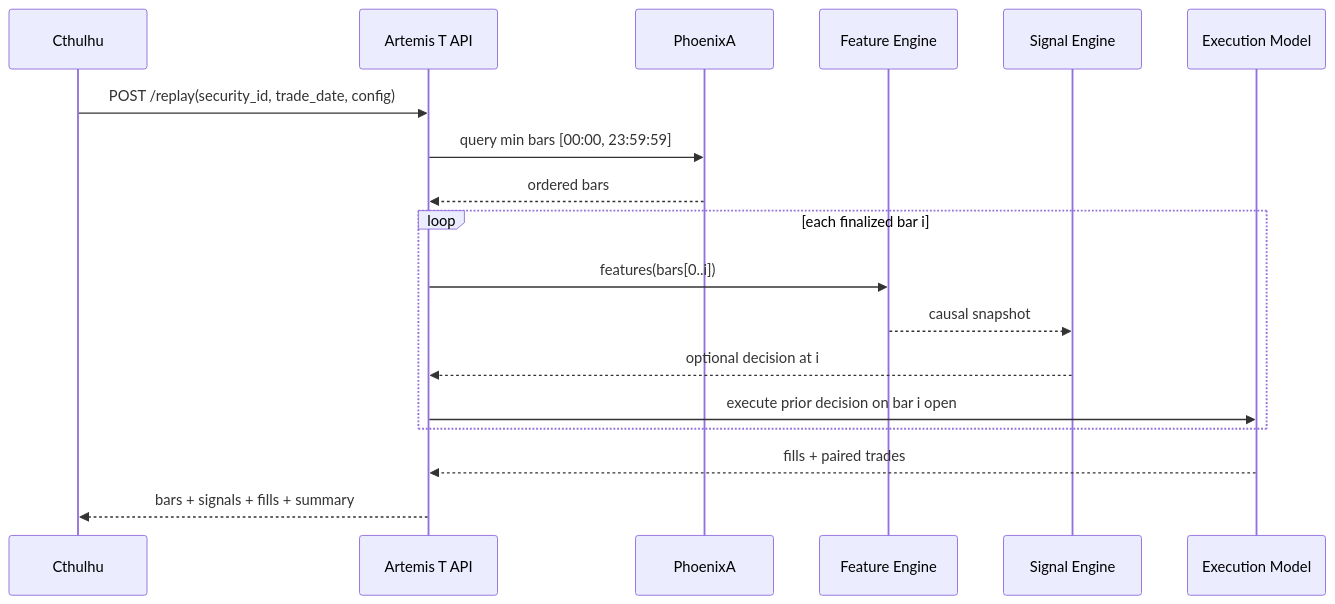
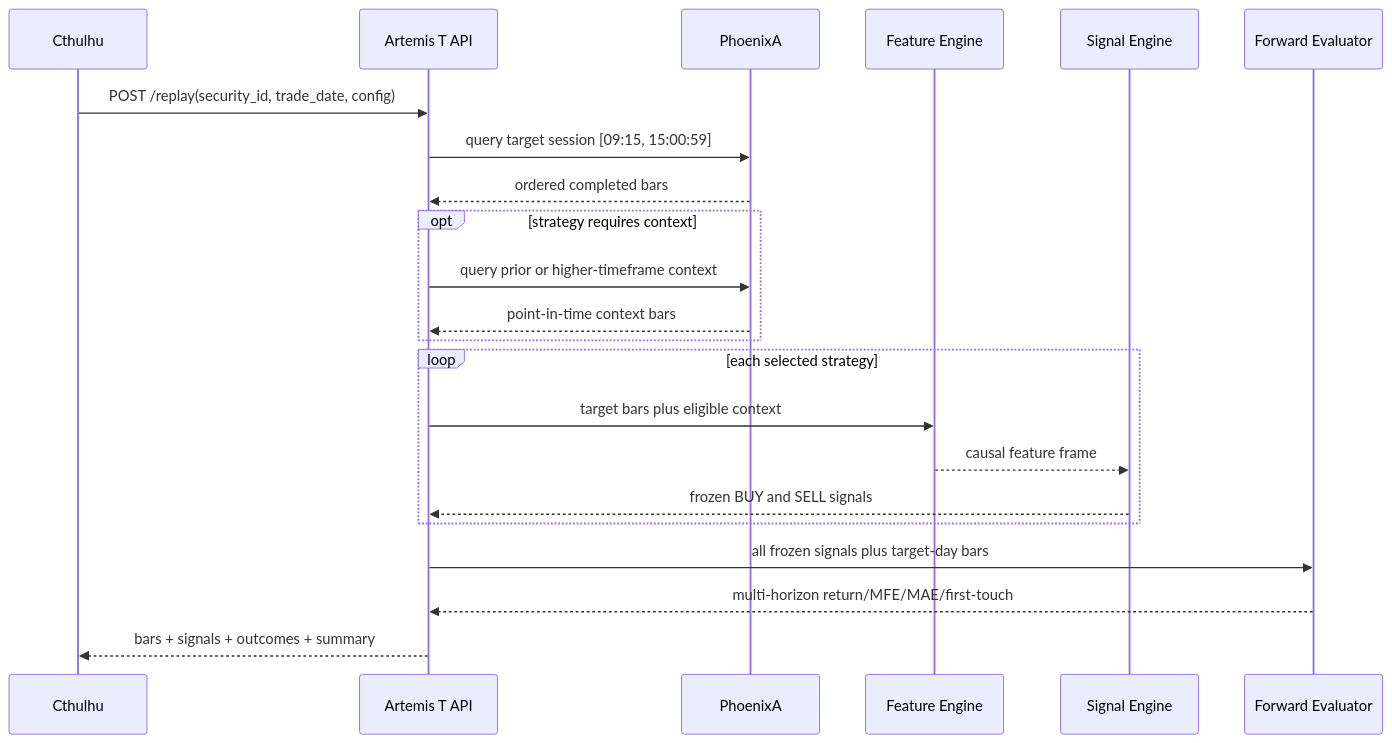
The fourth of 4 diagrams in app/projects/artemis/docs/2026-07-30_T_TRADING_WORKBENCH_DESIGN/02_ARCHITECTURE_AND_MODULES.md (grand-thief-cash/chaos), drawn with Mermaid before and after one commit. The commit also changed other lines of this file and 38 other files, not shown here.

````diff
--- a/app/projects/artemis/docs/2026-07-30_T_TRADING_WORKBENCH_DESIGN/02_ARCHITECTURE_AND_MODULES.md
+++ b/app/projects/artemis/docs/2026-07-30_T_TRADING_WORKBENCH_DESIGN/02_ARCHITECTURE_AND_MODULES.md
@@ -128,21 +190,25 @@
 ```mermaid
 sequenceDiagram
     participant UI as Cthulhu
     participant API as Artemis T API
     participant PA as PhoenixA
     participant F as Feature Engine
     participant S as Signal Engine
-    participant E as Execution Model
+    participant V as Forward Evaluator
 
     UI->>API: POST /replay(security_id, trade_date, config)
-    API->>PA: query min bars [00:00, 23:59:59]
-    PA-->>API: ordered bars
-    loop each finalized bar i
-      API->>F: features(bars[0..i])
-      F-->>S: causal snapshot
-      S-->>API: optional decision at i
-      API->>E: execute prior decision on bar i open
+    API->>PA: query target session [09:15, 15:00:59]
+    PA-->>API: ordered completed bars
+    opt strategy requires context
+      API->>PA: query prior or higher-timeframe context
+      PA-->>API: point-in-time context bars
     end
-    E-->>API: fills + paired trades
-    API-->>UI: bars + signals + fills + summary
+    loop each selected strategy
+      API->>F: target bars plus eligible context
+      F-->>S: causal feature frame
+      S-->>API: frozen BUY and SELL signals
+    end
+    API->>V: all frozen signals plus target-day bars
+    V-->>API: multi-horizon return/MFE/MAE/first-touch
+    API-->>UI: bars + signals + outcomes + summary
 ```
````
